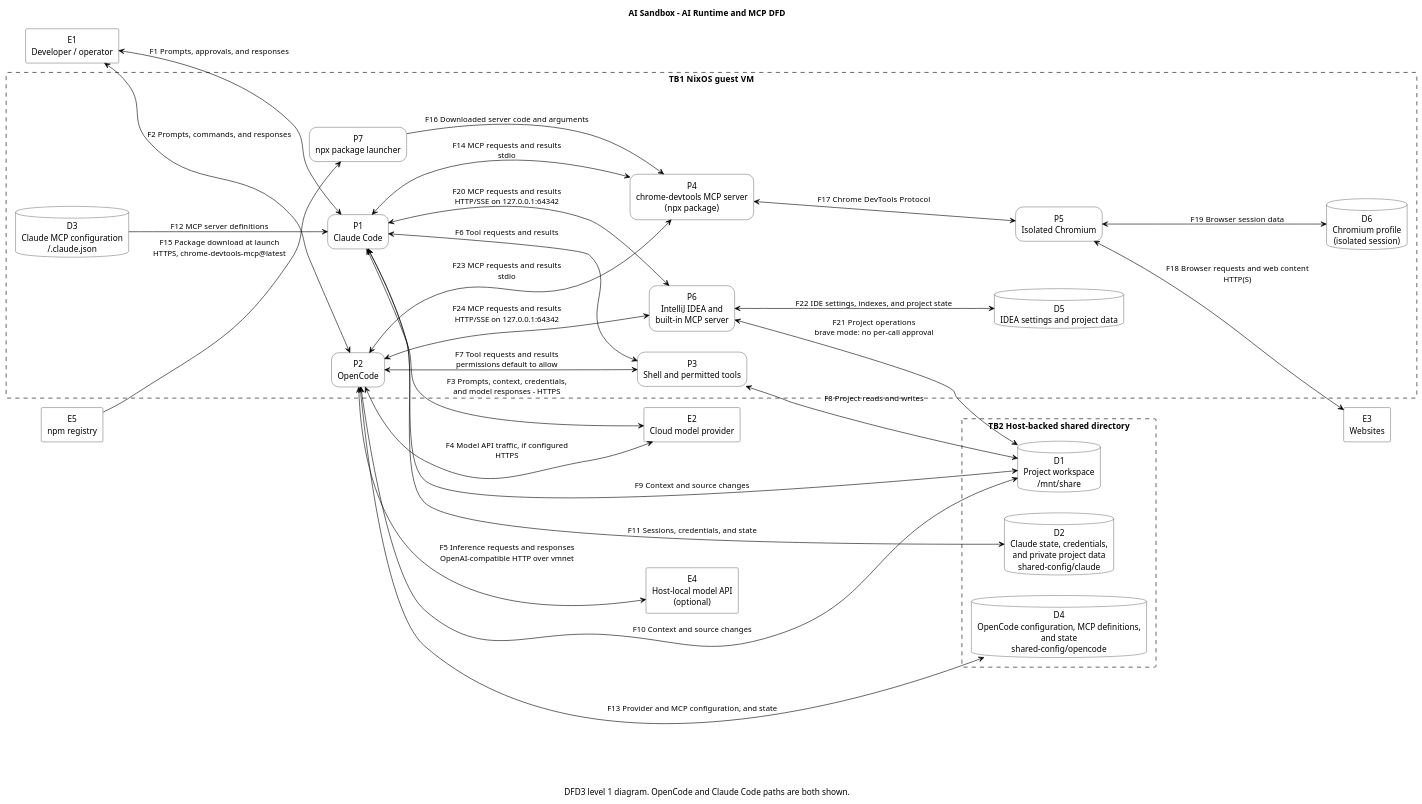
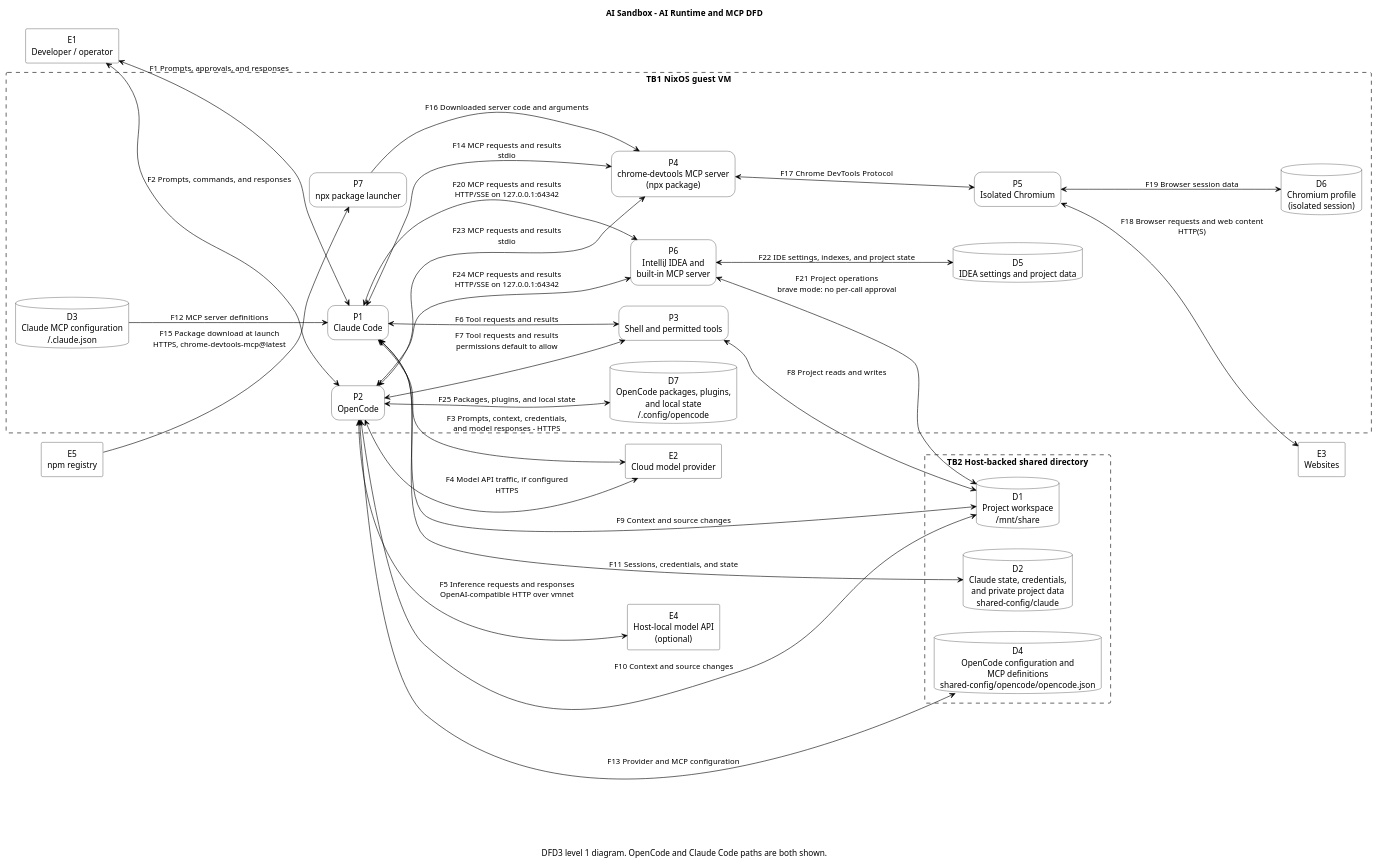
One commit to AleksiAhtiainen/ai-sandbox changed the diagram in docs/diagrams/ai-runtime-mcp.puml. Above: the diagram before and after it, drawn with PlantUML. The commit also changed 4 other files, not shown here.

First line of the commit message:
Use only opencode.json from share disk;

```diff
--- a/docs/diagrams/ai-runtime-mcp.puml
+++ b/docs/diagrams/ai-runtime-mcp.puml
@@ -1,85 +1,87 @@
 @startuml ai-runtime-mcp
 title AI Sandbox - AI Runtime and MCP DFD
 caption DFD3 level 1 diagram. OpenCode and Claude Code paths are both shown.
 
 left to right direction
 skinparam monochrome true
 skinparam backgroundColor white
 skinparam shadowing false
 skinparam defaultTextAlignment center
 skinparam ArrowColor black
 hide stereotype
 skinparam rectangle {
   BackgroundColor white
   BorderColor black
 }
 skinparam database {
   BackgroundColor white
   BorderColor black
 }
 skinparam rectangle<<process>> {
   RoundCorner 25
 }
 skinparam rectangle<<trust-boundary>> {
   BorderStyle dashed
   BackgroundColor transparent
 }
 
 rectangle "E1\nDeveloper / operator" as E1
 rectangle "E2\nCloud model provider" as E2
 rectangle "E3\nWebsites" as E3
 rectangle "E4\nHost-local model API\n(optional)" as E4
 rectangle "E5\nnpm registry" as E5
 
 rectangle "TB1  NixOS guest VM" as TB1 <<trust-boundary>> {
   rectangle "P1\nClaude Code" as P1 <<process>>
   rectangle "P2\nOpenCode" as P2 <<process>>
   rectangle "P3\nShell and permitted tools" as P3 <<process>>
   rectangle "P4\nchrome-devtools MCP server\n(npx package)" as P4 <<process>>
   rectangle "P5\nIsolated Chromium" as P5 <<process>>
   rectangle "P6\nIntelliJ IDEA and\nbuilt-in MCP server" as P6 <<process>>
   rectangle "P7\nnpx package launcher" as P7 <<process>>
 
   database "D3\nClaude MCP configuration\n~/.claude.json" as D3
   database "D5\nIDEA settings and project data" as D5
   database "D6\nChromium profile\n(isolated session)" as D6
+  database "D7\nOpenCode packages, plugins,\nand local state\n~/.config/opencode" as D7
 }
 
 rectangle "TB2  Host-backed shared directory" as TB2 <<trust-boundary>> {
   database "D1\nProject workspace\n/mnt/share" as D1
   database "D2\nClaude state, credentials,\nand private project data\nshared-config/claude" as D2
-  database "D4\nOpenCode configuration, MCP definitions,\nand state\nshared-config/opencode" as D4
+  database "D4\nOpenCode configuration and\nMCP definitions\nshared-config/opencode/opencode.json" as D4
 }
 
 E1 <--> P1 : F1  Prompts, approvals, and responses
 E1 <--> P2 : F2  Prompts, commands, and responses
 
 P1 <--> E2 : F3  Prompts, context, credentials,\nand model responses - HTTPS
 P2 <--> E2 : F4  Model API traffic, if configured\nHTTPS
 P2 <--> E4 : F5  Inference requests and responses\nOpenAI-compatible HTTP over vmnet
 
 P1 <--> P3 : F6  Tool requests and results
 P2 <--> P3 : F7  Tool requests and results\npermissions default to allow
 P3 <--> D1 : F8  Project reads and writes
 P1 <--> D1 : F9  Context and source changes
 P2 <--> D1 : F10  Context and source changes
 
 P1 <--> D2 : F11  Sessions, credentials, and state
 D3 --> P1 : F12  MCP server definitions
-P2 <--> D4 : F13  Provider and MCP configuration, and state
+P2 <--> D4 : F13  Provider and MCP configuration
+P2 <--> D7 : F25  Packages, plugins, and local state
 
 P1 <--> P4 : F14  MCP requests and results\nstdio
 E5 --> P7 : F15  Package download at launch\nHTTPS, chrome-devtools-mcp@latest
 P7 --> P4 : F16  Downloaded server code and arguments
 P4 <--> P5 : F17  Chrome DevTools Protocol
 P5 <--> E3 : F18  Browser requests and web content\nHTTP(S)
 P5 <--> D6 : F19  Browser session data
 
 P1 <--> P6 : F20  MCP requests and results\nHTTP/SSE on 127.0.0.1:64342
 P6 <--> D1 : F21  Project operations\nbrave mode: no per-call approval
 P6 <--> D5 : F22  IDE settings, indexes, and project state
 
 P2 <--> P4 : F23  MCP requests and results\nstdio
 P2 <--> P6 : F24  MCP requests and results\nHTTP/SSE on 127.0.0.1:64342
 
 @enduml
```
